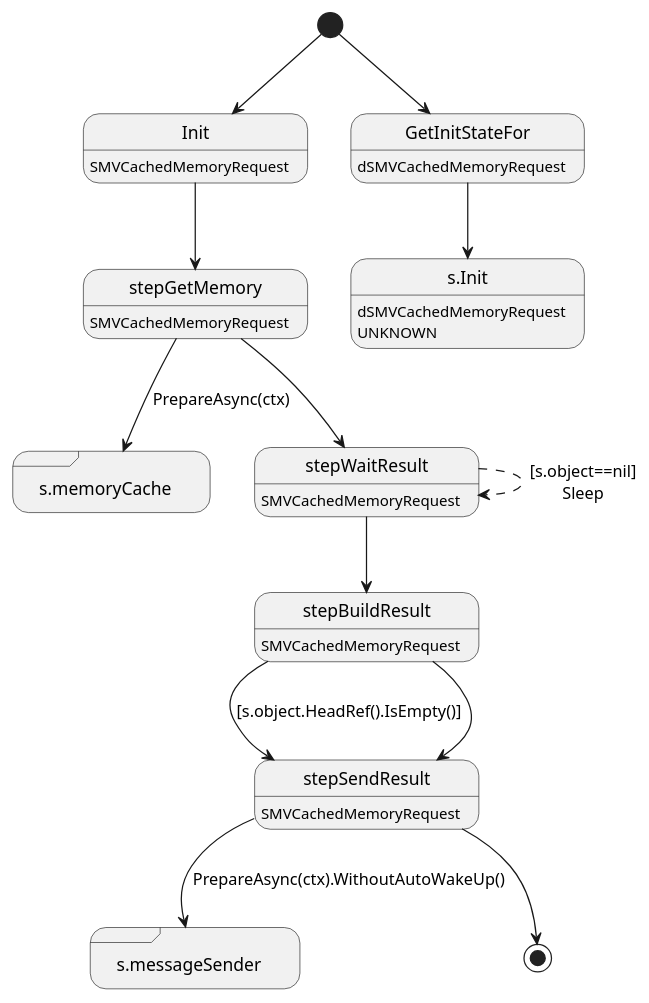
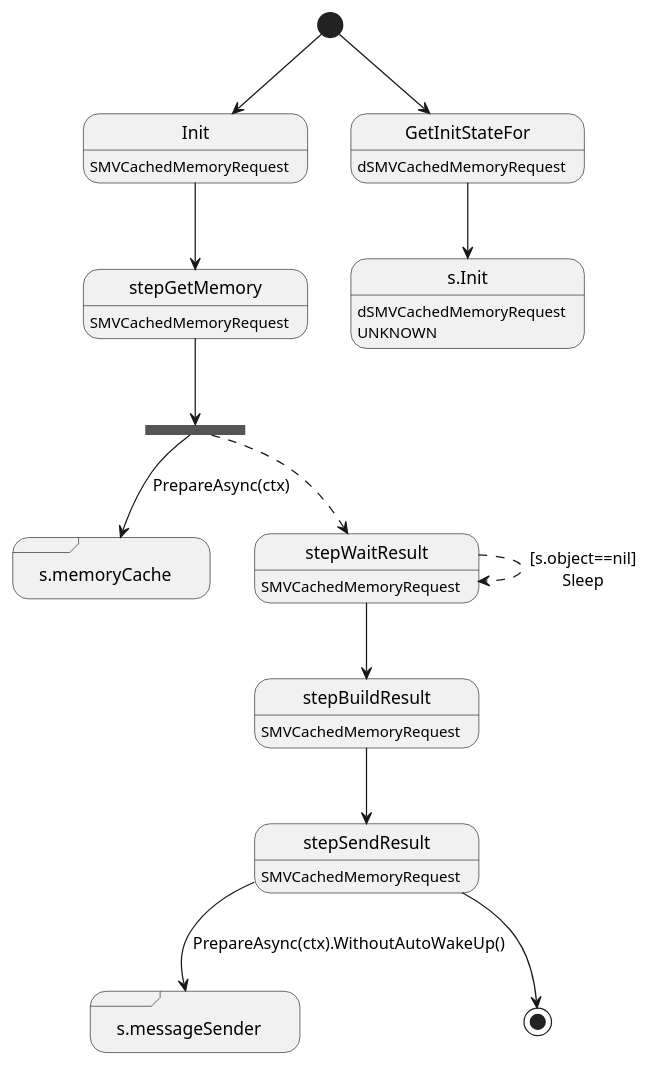
The diagram in ledger-core/virtual/handlers/vcachedmemoryrequest.plantuml (insolar/assured-ledger), drawn with PlantUML before and after one commit. The commit also changed 16 other files, not shown here.

```diff
--- a/ledger-core/virtual/handlers/vcachedmemoryrequest.plantuml
+++ b/ledger-core/virtual/handlers/vcachedmemoryrequest.plantuml
@@ -1,31 +1,32 @@
 @startuml
 state "Init" as T01_S001
 T01_S001 : SMVCachedMemoryRequest
 [*] --> T01_S001
 T01_S001 --> T01_S002
 state "s.memoryCache" as T01_S003 <<sdlreceive>>
 state "s.messageSender" as T01_S007 <<sdlreceive>>
 state "stepBuildResult" as T01_S005
 T01_S005 : SMVCachedMemoryRequest
-T01_S005 --> T01_S006 : [s.object.HeadRef().IsEmpty()]
 T01_S005 --> T01_S006
 state "stepGetMemory" as T01_S002
 T01_S002 : SMVCachedMemoryRequest
-T01_S002 --> T01_S003 : PrepareAsync(ctx)
-T01_S002 --> T01_S004
+state T01_U001 <<fork>>
+T01_S002 --> T01_U001
+T01_U001 --> T01_S003 : PrepareAsync(ctx)
+T01_U001 --[dashed]> T01_S004
 state "stepSendResult" as T01_S006
 T01_S006 : SMVCachedMemoryRequest
 T01_S006 --> T01_S007 : PrepareAsync(ctx).WithoutAutoWakeUp()
 T01_S006 --> [*]
 state "stepWaitResult" as T01_S004
 T01_S004 : SMVCachedMemoryRequest
 T01_S004 --[dashed]> T01_S004 : [s.object==nil]\nSleep
 T01_S004 --> T01_S005
 state "GetInitStateFor" as T00_S001
 T00_S001 : dSMVCachedMemoryRequest
 [*] --> T00_S001
-state "s.Init" as T00_U001
-T00_U001 : dSMVCachedMemoryRequest
-T00_U001 : UNKNOWN 
-T00_S001 --> T00_U001
+state "s.Init" as T00_U002
+T00_U002 : dSMVCachedMemoryRequest
+T00_U002 : UNKNOWN 
+T00_S001 --> T00_U002
 @enduml
```
